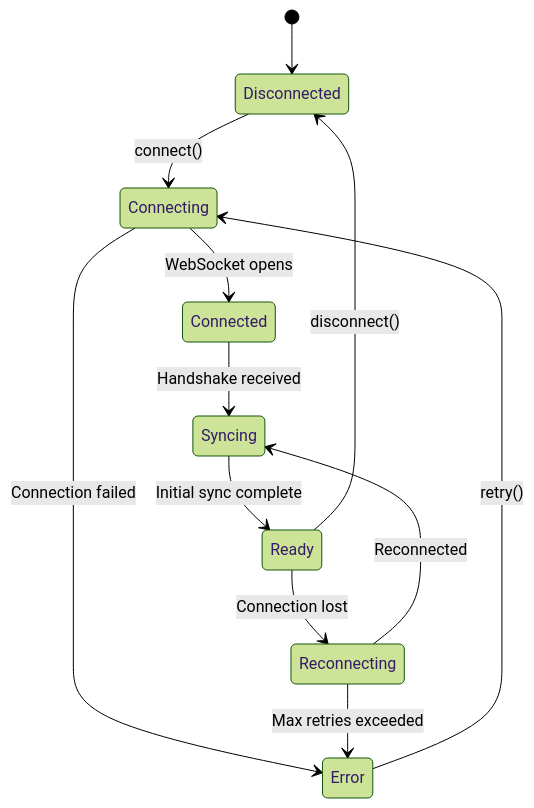
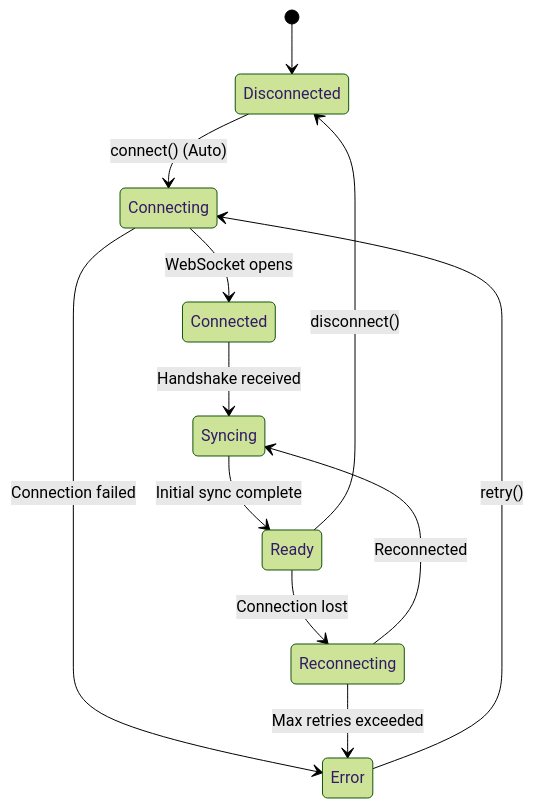
One commit to nmeshed/nmeshed-js changed the diagram in README.md. Above: the diagram before and after it, drawn with Mermaid (forest theme). The commit also changed other lines of this file and 2 other files, not shown here.

````diff
--- a/README.md
+++ b/README.md
@@ -75,14 +73,14 @@
 ```mermaid
 stateDiagram-v2
     [*] --> Disconnected
-    Disconnected --> Connecting: connect()
+    Disconnected --> Connecting: connect() (Auto)
     Connecting --> Connected: WebSocket opens
     Connecting --> Error: Connection failed
     Connected --> Syncing: Handshake received
     Syncing --> Ready: Initial sync complete
     Ready --> Reconnecting: Connection lost
     Reconnecting --> Syncing: Reconnected
     Reconnecting --> Error: Max retries exceeded
     Error --> Connecting: retry()
     Ready --> Disconnected: disconnect()
 ```
````
